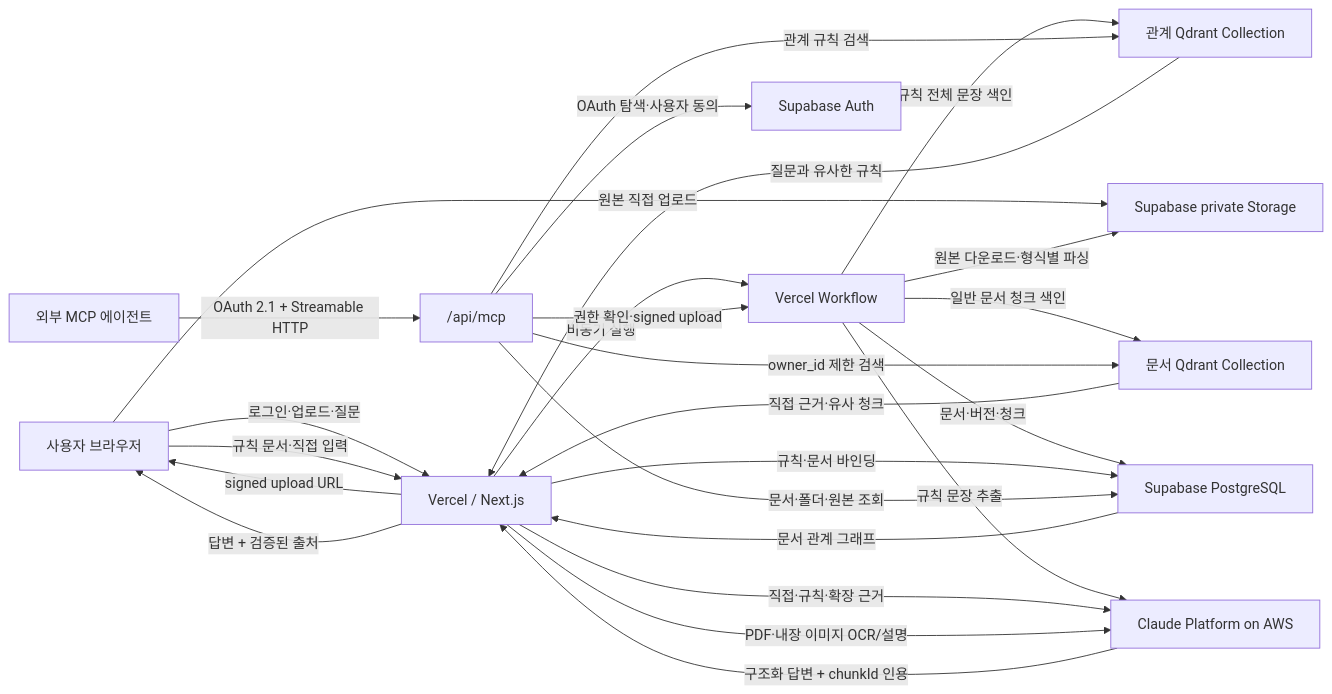
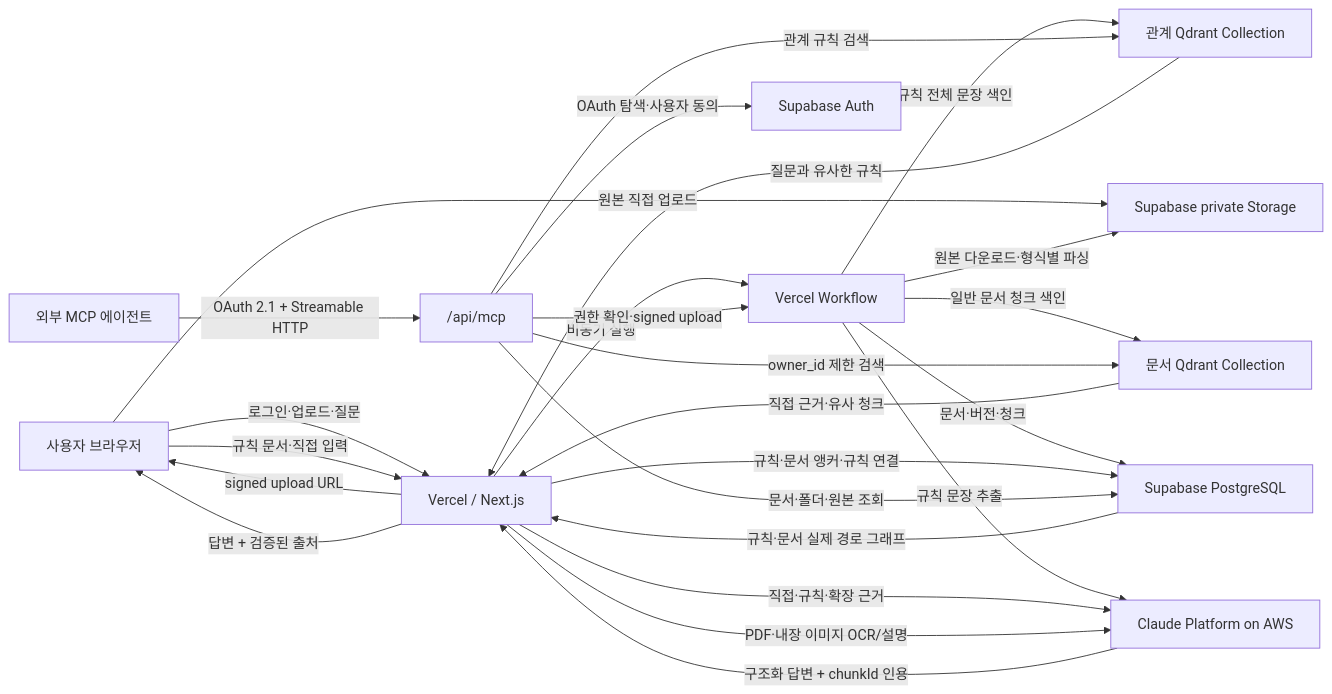
One commit to NohYusung/sageum changed the diagram in README.md. Above: the diagram before and after it, drawn with Mermaid. The commit also changed other lines of this file and 21 other files, not shown here.

````diff
--- a/README.md
+++ b/README.md
@@ -45,27 +46,27 @@
 ```mermaid
 flowchart LR
   U["사용자 브라우저"] -->|"로그인·업로드·질문"| N["Vercel / Next.js"]
   U -->|"규칙 문서·직접 입력"| N
   N -->|"signed upload URL"| U
   U -->|"원본 직접 업로드"| S["Supabase private Storage"]
   N -->|"비동기 실행"| W["Vercel Workflow"]
   W -->|"문서·버전·청크"| P["Supabase PostgreSQL"]
   W -->|"원본 다운로드·형식별 파싱"| S
   W -->|"일반 문서 청크 색인"| Q["문서 Qdrant Collection"]
   W -->|"규칙 문장 추출"| C["Claude Platform on AWS"]
   W -->|"규칙 전체 문장 색인"| RQ["관계 Qdrant Collection"]
   Q -->|"직접 근거·유사 청크"| N
   RQ -->|"질문과 유사한 규칙"| N
   N -->|"직접·규칙·확장 근거"| C
   N -->|"PDF·내장 이미지 OCR/설명"| C
   C -->|"구조화 답변 + chunkId 인용"| N
   N -->|"답변 + 검증된 출처"| U
-  N -->|"규칙·문서 바인딩"| P
-  P -->|"문서 관계 그래프"| N
+  N -->|"규칙·문서 앵커·규칙 연결"| P
+  P -->|"규칙·문서 실제 경로 그래프"| N
   A["외부 MCP 에이전트"] -->|"OAuth 2.1 + Streamable HTTP"| M["/api/mcp"]
   M -->|"OAuth 탐색·사용자 동의"| SA["Supabase Auth"]
   M -->|"owner_id 제한 검색"| Q
   M -->|"관계 규칙 검색"| RQ
   M -->|"문서·폴더·원본 조회"| P
   M -->|"권한 확인·signed upload"| W
 ```
````
